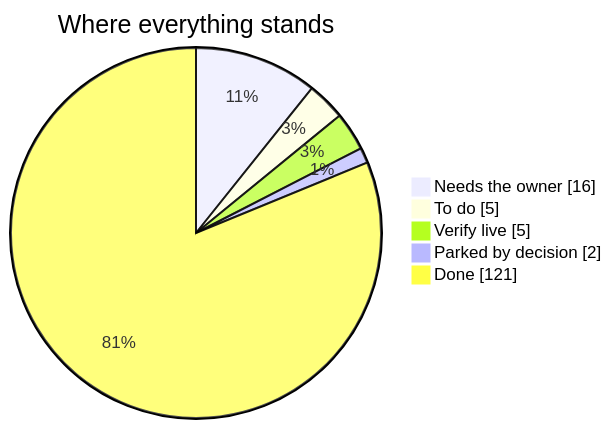
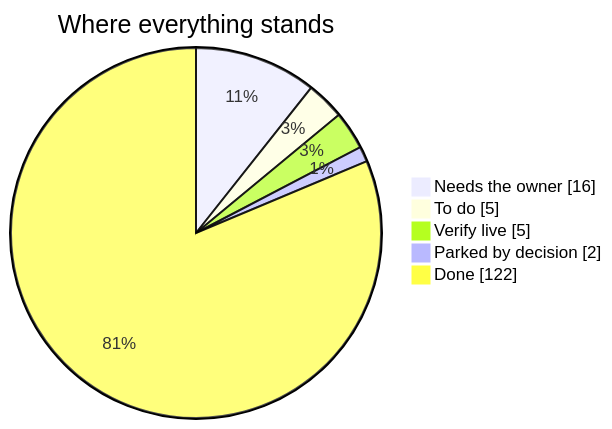
One commit to divitkej/gradlink changed the diagram in launch-board/README.md. Above: the diagram before and after it, drawn with Mermaid. The commit also changed other lines of this file and 4 other files, not shown here.

````diff
--- a/launch-board/README.md
+++ b/launch-board/README.md
@@ -11,9 +11,9 @@
 ```mermaid
 pie showData
   title Where everything stands
   "Needs the owner" : 16
   "To do" : 5
   "Verify live" : 5
   "Parked by decision" : 2
-  "Done" : 121
+  "Done" : 122
 ```
````
